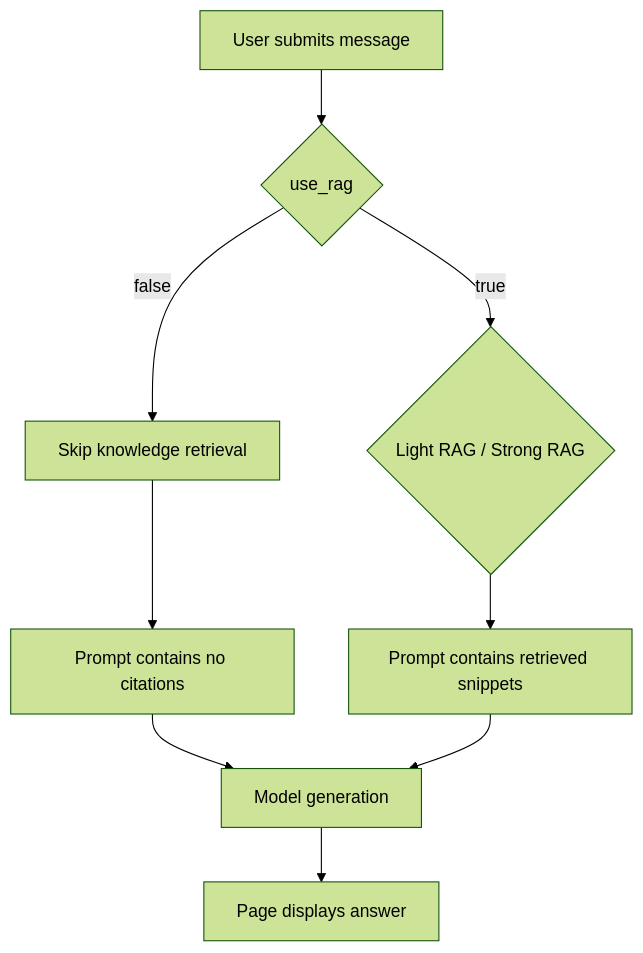
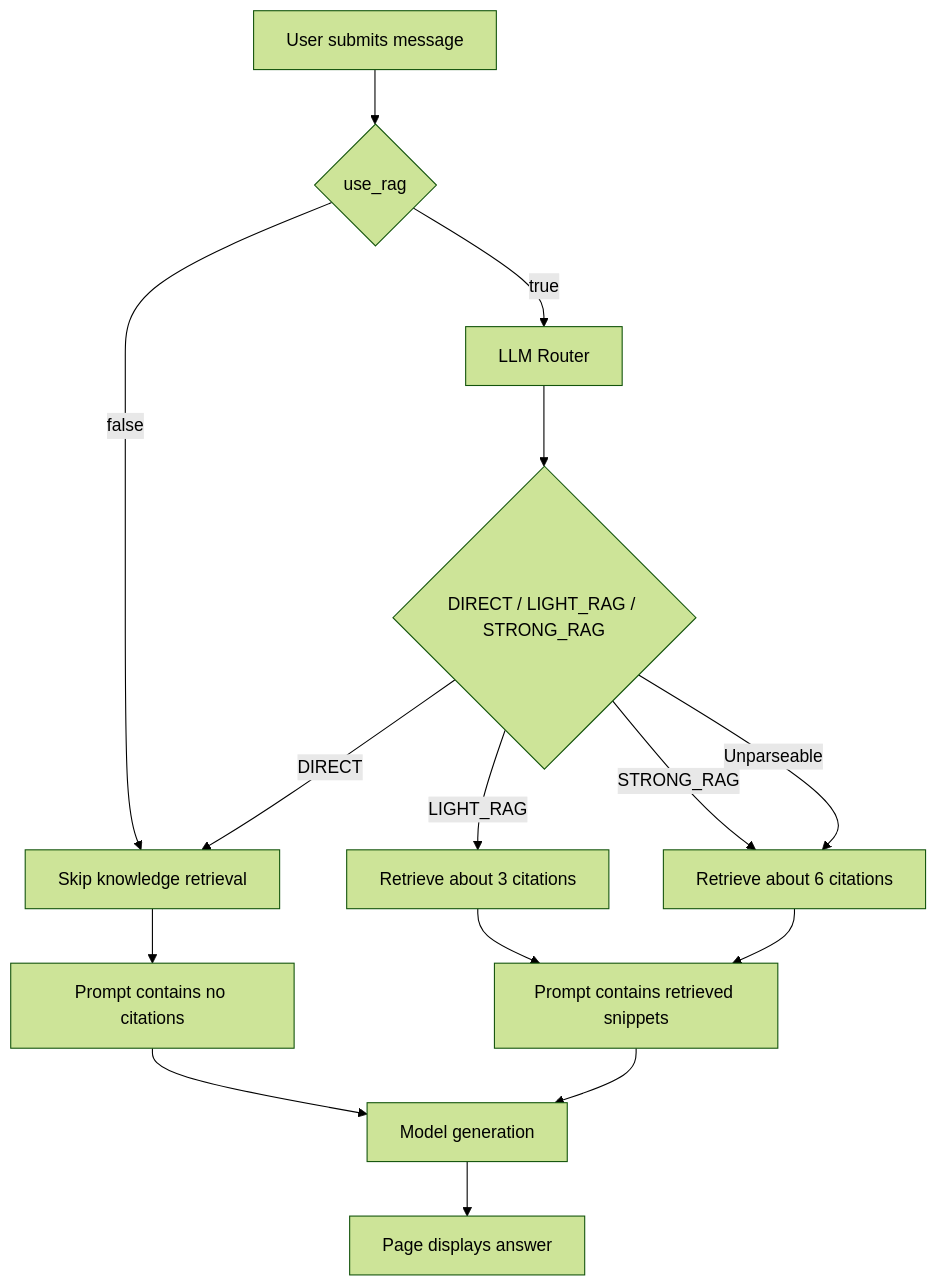
One commit to billzi2016/chinapost-internship changed the fifth of 6 diagrams in docs-site/docs/en/rag-architecture.md. Above: the diagram before and after it, drawn with Mermaid (forest theme). The commit also changed other lines of this file and 5 other files, not shown here.

````diff
--- a/docs-site/docs/en/rag-architecture.md
+++ b/docs-site/docs/en/rag-architecture.md
@@ -160,11 +160,17 @@
 ```mermaid
 flowchart TD
     A[User submits message] --> B{use_rag}
     B -- false --> C[Skip knowledge retrieval]
     C --> D[Prompt contains no citations]
-    B -- true --> E{Light RAG / Strong RAG}
-    E --> F[Prompt contains retrieved snippets]
-    D --> G[Model generation]
-    F --> G
-    G --> H[Page displays answer]
+    B -- true --> E[LLM Router]
+    E --> F{DIRECT / LIGHT_RAG / STRONG_RAG}
+    F -- DIRECT --> C
+    F -- LIGHT_RAG --> G[Retrieve about 3 citations]
+    F -- STRONG_RAG --> H[Retrieve about 6 citations]
+    F -- Unparseable --> H
+    G --> I[Prompt contains retrieved snippets]
+    H --> I
+    D --> M[Model generation]
+    I --> M
+    M --> J[Page displays answer]
 ```
````
